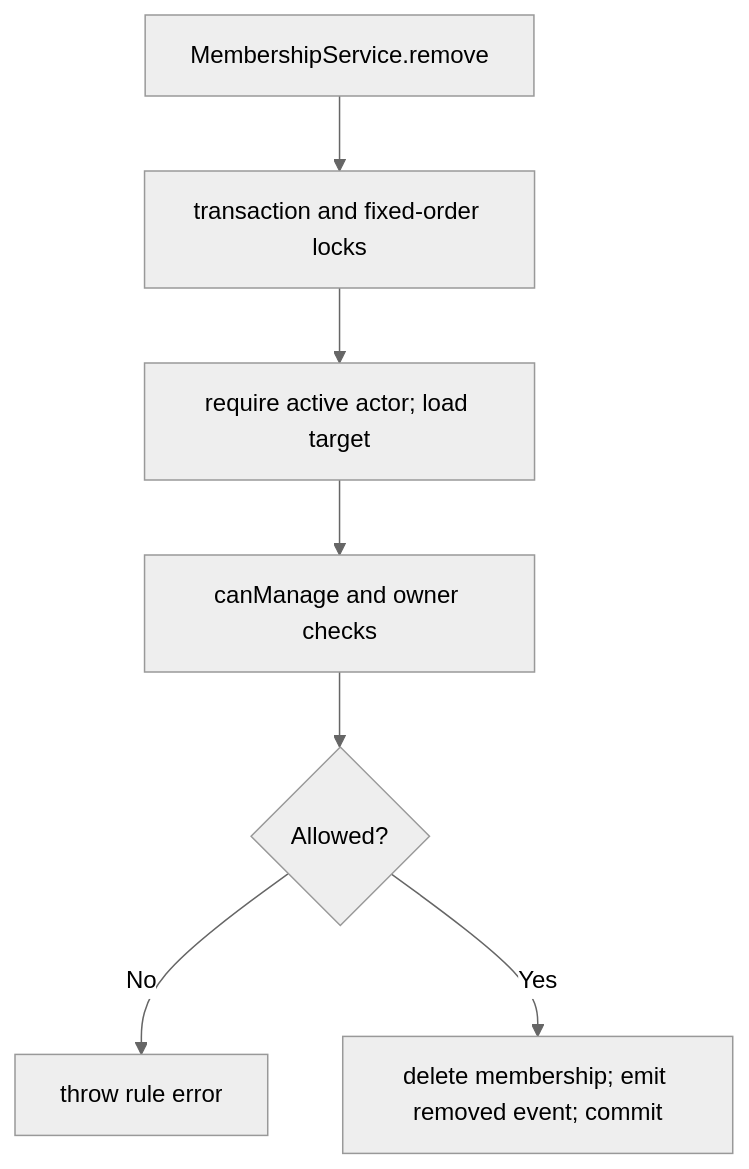
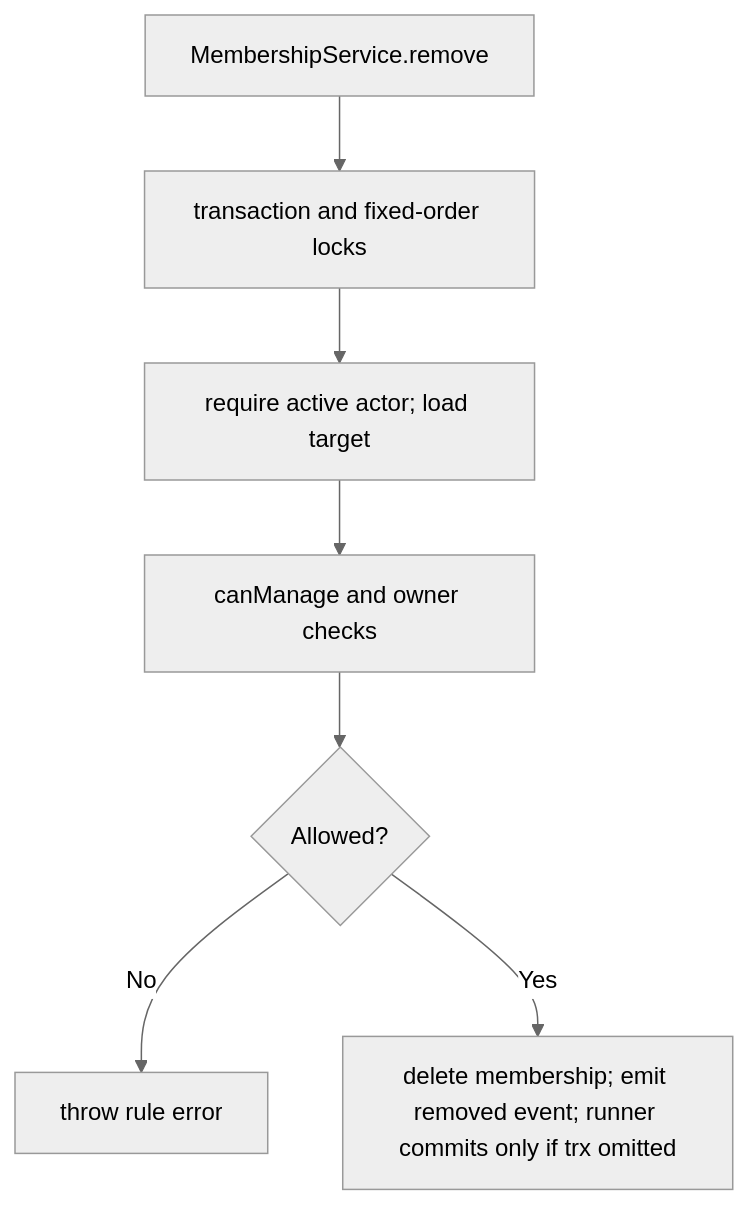
Before and after one commit to Kevinjohn/oss-adonisjs-access-control: the second of 2 diagrams in user-stories/US-ACCESS-06-remove-member.md, drawn with Mermaid (neutral theme). The commit also changed other lines of this file and 7 other files, not shown here.

Commit message:
docs: correct catalogue behavior and recovery flows

````diff
--- a/user-stories/US-ACCESS-06-remove-member.md
+++ b/user-stories/US-ACCESS-06-remove-member.md
@@ -31,9 +31,9 @@
 ```mermaid
 flowchart TD
     A["MembershipService.remove"] --> B["transaction and fixed-order locks"]
     B --> C["require active actor; load target"]
     C --> D["canManage and owner checks"]
     D --> E{"Allowed?"}
     E -->|No| F["throw rule error"]
-    E -->|Yes| G["delete membership; emit removed event; commit"]
+    E -->|Yes| G["delete membership; emit removed event; runner commits only if trx omitted"]
 ```
````
